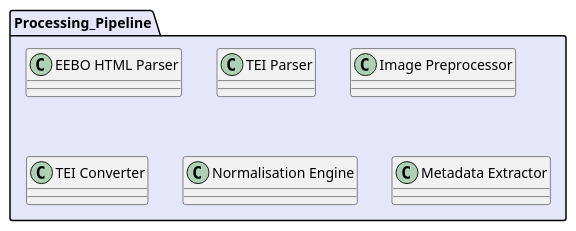
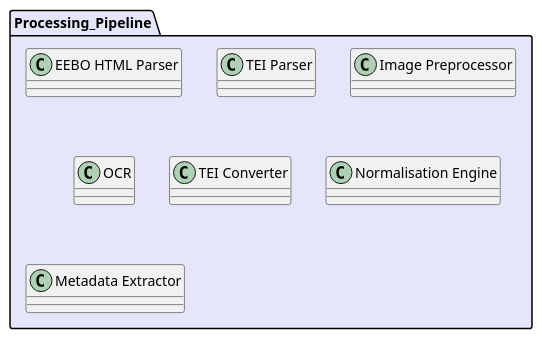
Before and after one commit to leegee/mutatis-mutandis: the diagram in docs/uml/components/pipeline.puml, drawn with PlantUML. The commit also changed 5 other files, not shown here.

```diff
--- a/docs/uml/components/pipeline.puml
+++ b/docs/uml/components/pipeline.puml
@@ -1,8 +1,9 @@
 package "Processing_Pipeline" #Lavender {
     class "EEBO HTML Parser"
     class "TEI Parser"
     class "Image Preprocessor"
+    class "OCR"
     class "TEI Converter"
     class "Normalisation Engine"
     class "Metadata Extractor"
 }
```
